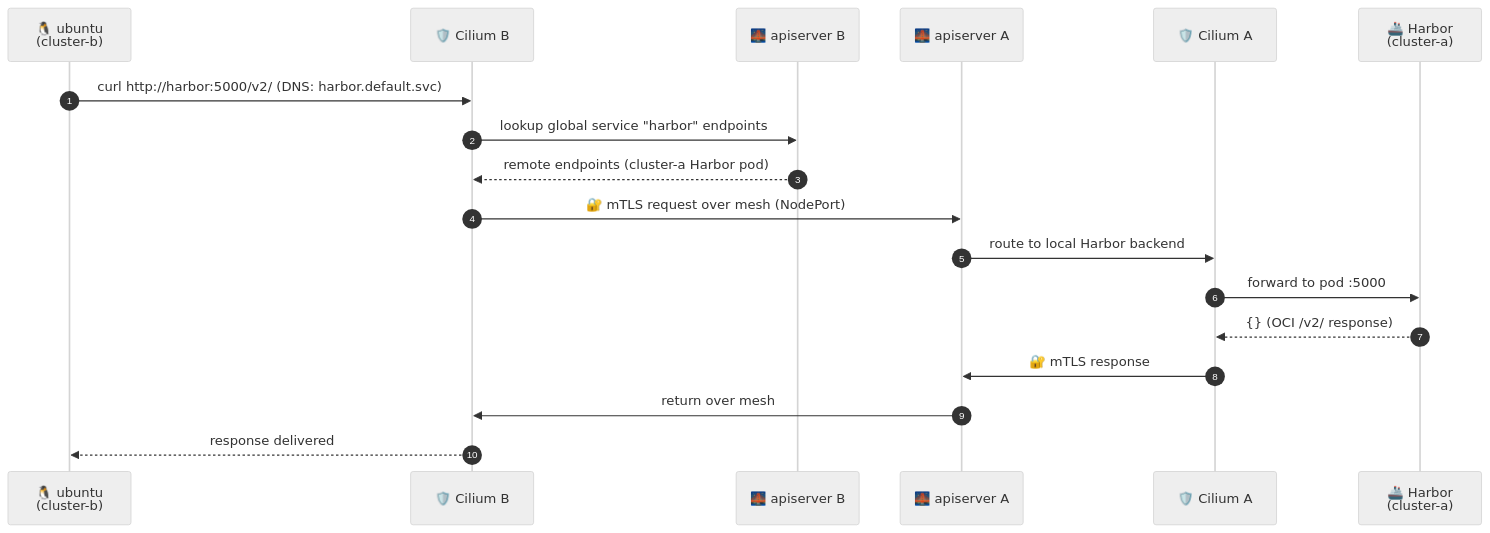
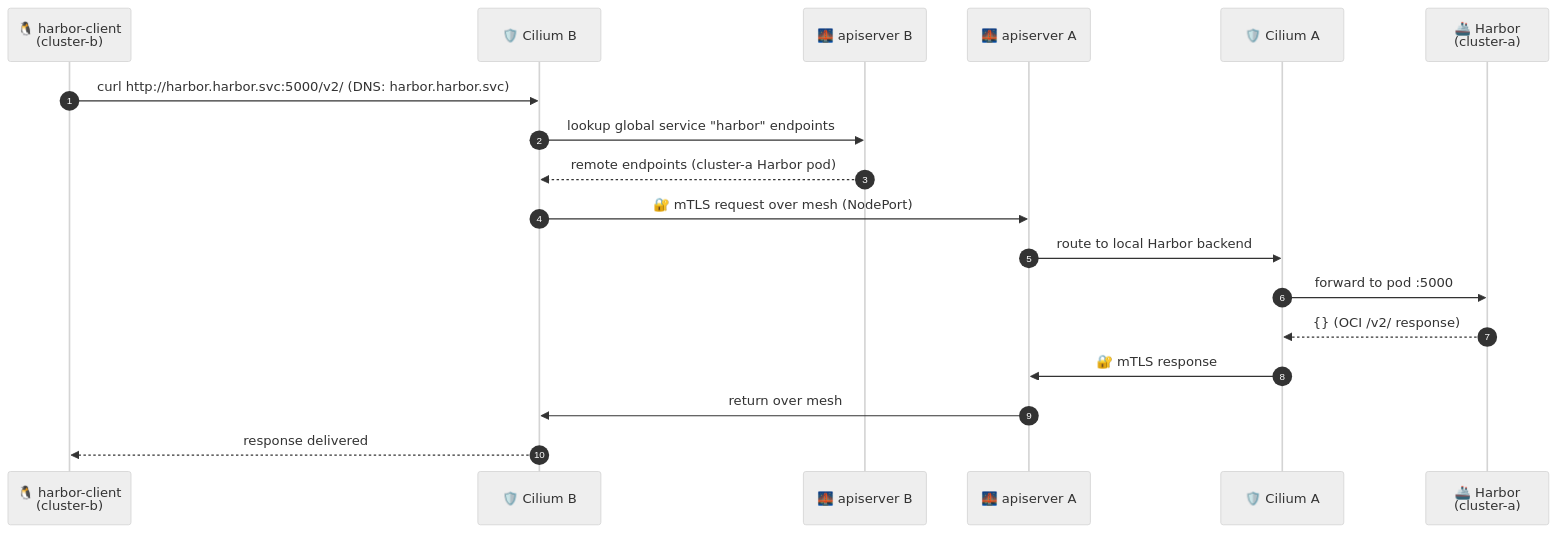
Before and after one commit to Orpere/kind: the second of 3 diagrams in README-harbor-clustermesh.md, drawn with Mermaid (neutral theme). The commit also changed other lines of this file and 4 other files, not shown here.

First line of the commit message:
Move Harbor to 'harbor' namespace; enable port-forward from cluster-b via proxy pod

````diff
--- a/README-harbor-clustermesh.md
+++ b/README-harbor-clustermesh.md
@@ -91,21 +97,21 @@
 ```mermaid
 sequenceDiagram
     autonumber
-    participant U as 🐧 ubuntu<br/>(cluster-b)
+    participant U as 🐧 harbor-client<br/>(cluster-b)
     participant CB as 🛡️ Cilium B
     participant API2 as 🌉 apiserver B
     participant API as 🌉 apiserver A
     participant CA as 🛡️ Cilium A
     participant H as 🚢 Harbor<br/>(cluster-a)
 
-    U->>CB: curl http://harbor:5000/v2/ (DNS: harbor.default.svc)
+    U->>CB: curl http://harbor.harbor.svc:5000/v2/ (DNS: harbor.harbor.svc)
     CB->>API2: lookup global service "harbor" endpoints
     API2-->>CB: remote endpoints (cluster-a Harbor pod)
     CB->>API: 🔐 mTLS request over mesh (NodePort)
     API->>CA: route to local Harbor backend
     CA->>H: forward to pod :5000
     H-->>CA: {} (OCI /v2/ response)
     CA->>API: 🔐 mTLS response
     API->>CB: return over mesh
     CB-->>U: response delivered
 ```
````
